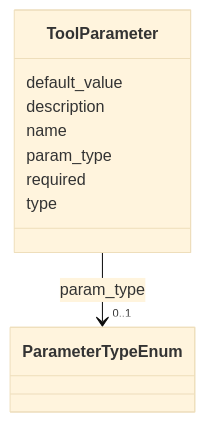
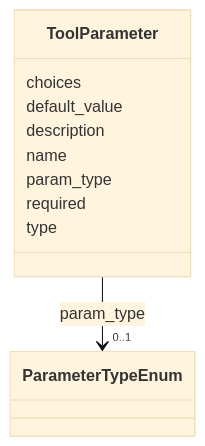
The diagram in schema-docs-md/classes/ToolParameter.md (debrief/debrief-future), drawn with Mermaid (base theme) before and after one commit. The commit also changed other lines of this file and 238 other files, not shown here.

````diff
--- a/schema-docs-md/classes/ToolParameter.md
+++ b/schema-docs-md/classes/ToolParameter.md
@@ -19,27 +19,29 @@
 ```mermaid
  classDiagram
     class ToolParameter
     click ToolParameter href "../../classes/ToolParameter/"
+      ToolParameter : choices
+        
       ToolParameter : default_value
         
       ToolParameter : description
         
       ToolParameter : name
         
       ToolParameter : param_type
         
           
     
         
         
         ToolParameter --> "0..1" ParameterTypeEnum : param_type
         click ParameterTypeEnum href "../../enums/ParameterTypeEnum/"
     
 
         
       ToolParameter : required
         
       ToolParameter : type
         
       
 ```
````
